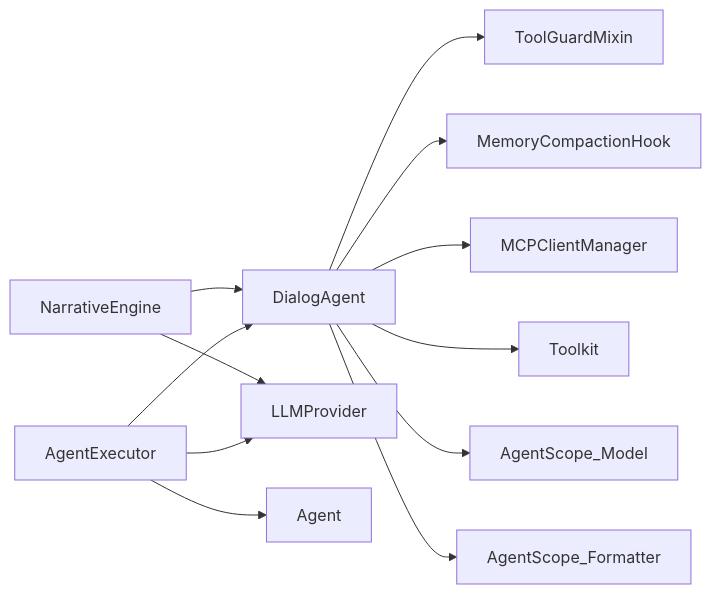
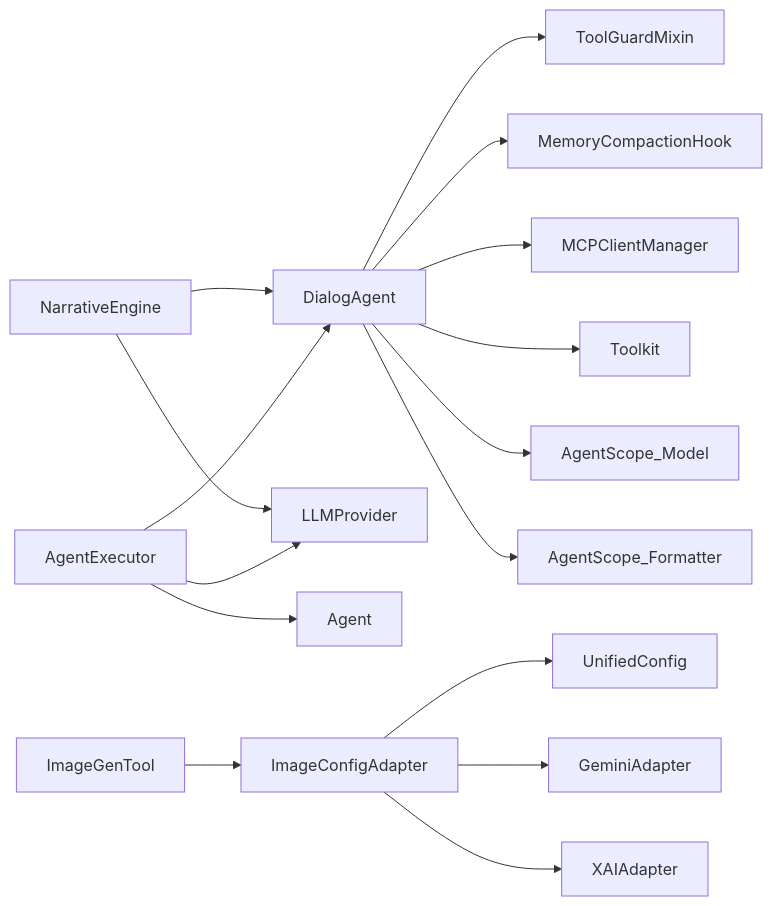
One commit to KunLabAI/KunFlix changed the ninth of 9 diagrams in .qoder/repowiki/zh/content/AI智能体系统/智能体配置管理.md. Above: the diagram before and after it, drawn with Mermaid. The commit also changed other lines of this file and 24 other files, not shown here.

````diff
--- a/.qoder/repowiki/zh/content/AI智能体系统/智能体配置管理.md
+++ b/.qoder/repowiki/zh/content/AI智能体系统/智能体配置管理.md
@@ -320,14 +432,18 @@
 ```mermaid
 graph LR
 DialogAgent --> ToolGuardMixin
 DialogAgent --> MemoryCompactionHook
 DialogAgent --> MCPClientManager
 DialogAgent --> Toolkit
 AgentExecutor --> DialogAgent
 AgentExecutor --> LLMProvider
 AgentExecutor --> Agent
 NarrativeEngine --> LLMProvider
 NarrativeEngine --> DialogAgent
 DialogAgent --> AgentScope_Model
 DialogAgent --> AgentScope_Formatter
+ImageConfigAdapter --> UnifiedConfig
+ImageConfigAdapter --> GeminiAdapter
+ImageConfigAdapter --> XAIAdapter
+ImageGenTool --> ImageConfigAdapter
 ```
````
